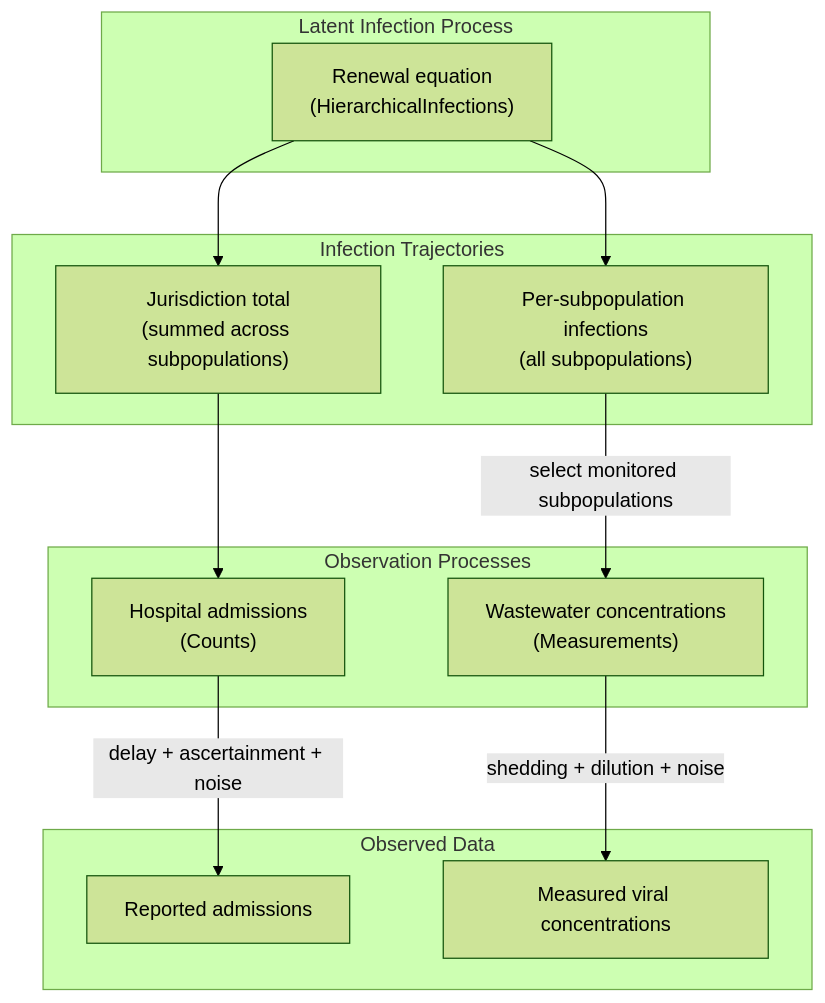
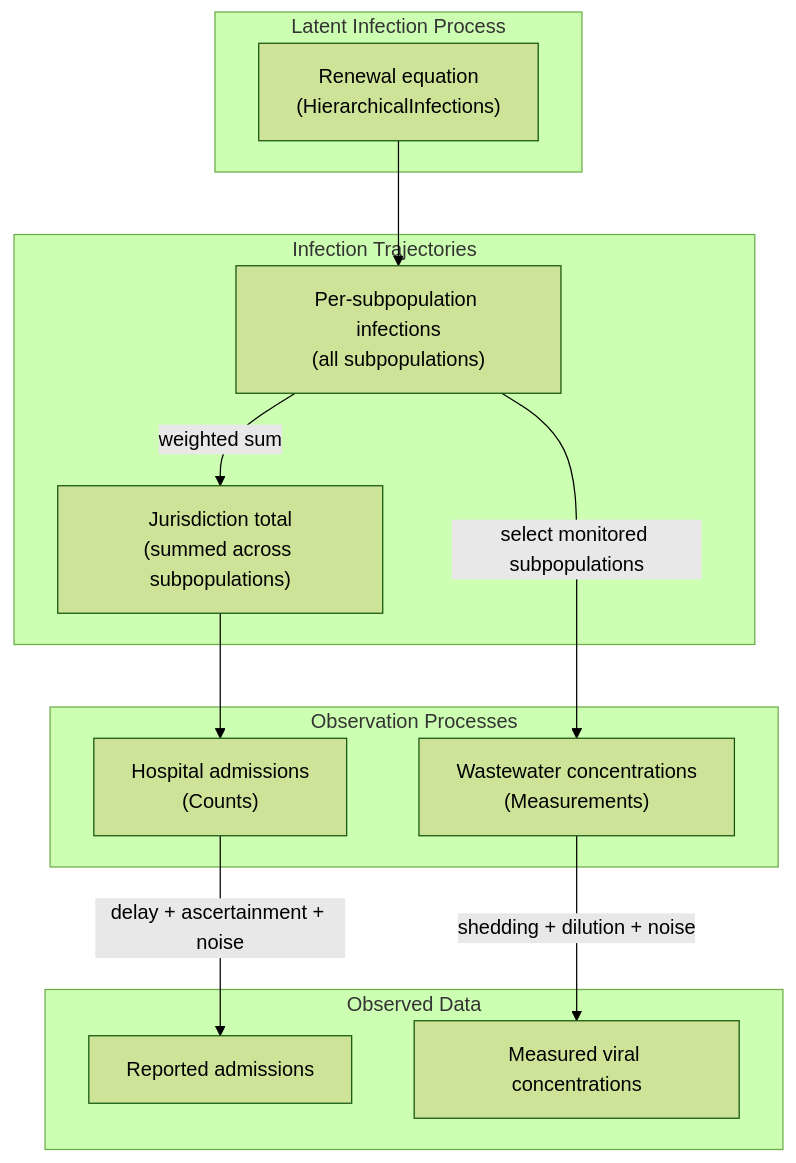
The diagram in docs/tutorials/building_multisignal_models.qmd (CDCgov/PyRenew), drawn with Mermaid (forest theme) before and after one commit. The commit also changed other lines of this file and 2 other files, not shown here.

````diff
--- a/docs/tutorials/building_multisignal_models.qmd
+++ b/docs/tutorials/building_multisignal_models.qmd
@@ -130,29 +132,29 @@
 ```mermaid
 flowchart TB
 
     subgraph Latent["Latent Infection Process"]
         L["Renewal equation<br/>(HierarchicalInfections)"]
     end
 
     subgraph Infections["Infection Trajectories"]
         J["Jurisdiction total<br/>(summed across subpopulations)"]
         S["Per-subpopulation infections<br/>(all subpopulations)"]
     end
 
     subgraph Obs["Observation Processes"]
         C["Hospital admissions<br/>(Counts)"]
         W["Wastewater concentrations<br/>(Measurements)"]
     end
 
     subgraph Data["Observed Data"]
         HA["Reported admissions"]
         WW["Measured viral concentrations"]
     end
 
-    L --> J
     L --> S
+    S -->|"weighted sum"| J
     J --> C
     S -->|"select monitored subpopulations"| W
     C -->|"delay + ascertainment + noise"| HA
     W -->|"shedding + dilution + noise"| WW
 ```
````
